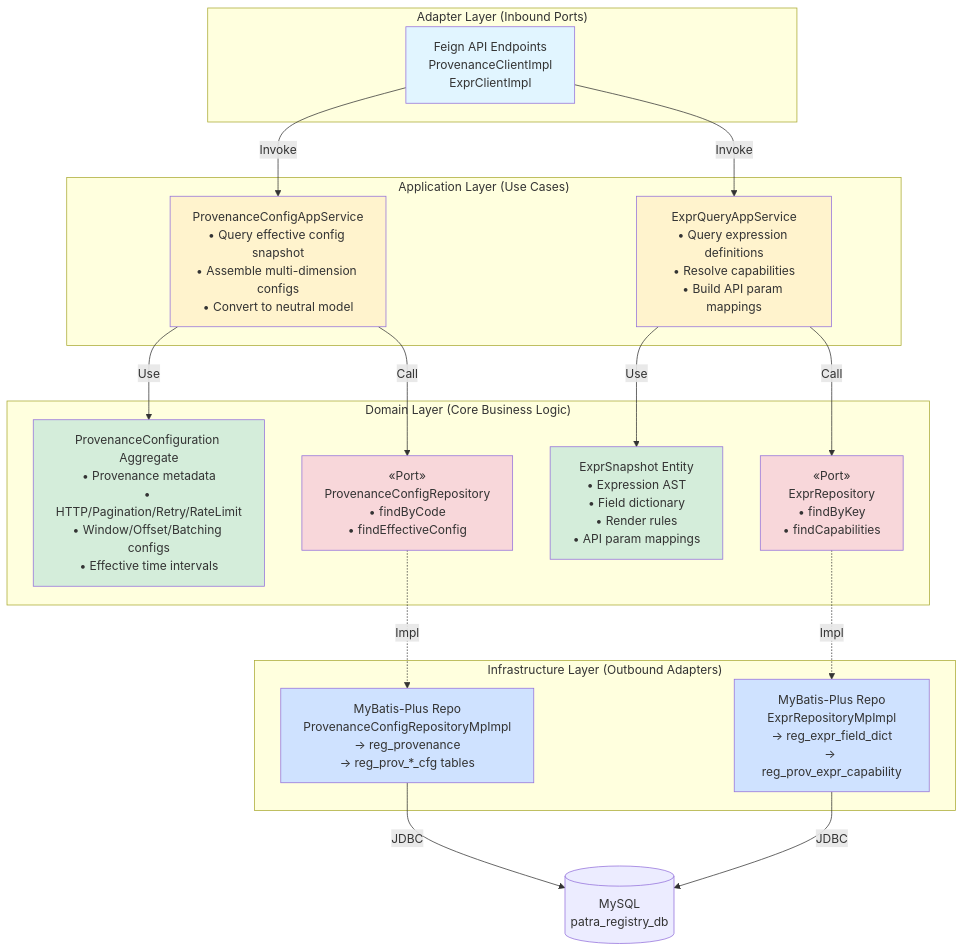
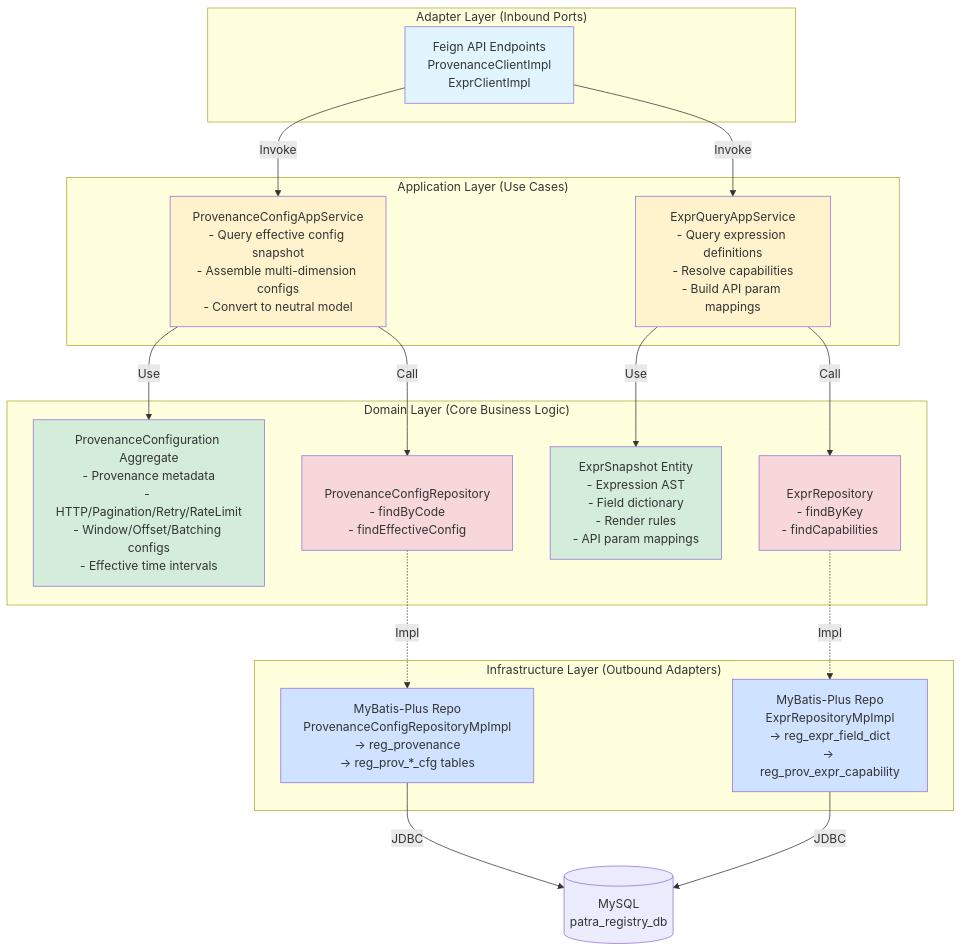
The first of 6 diagrams in patra-api/docs/modules/registry/architecture-diagram.md (linqibin0826/patra), drawn with Mermaid before and after one commit. The commit also changed other lines of this file and 8 other files, not shown here.

````diff
--- a/patra-api/docs/modules/registry/architecture-diagram.md
+++ b/patra-api/docs/modules/registry/architecture-diagram.md
@@ -20,52 +20,52 @@
 ```mermaid
 graph TB
     subgraph "Adapter Layer (Inbound Ports)"
         FeignAPI[Feign API Endpoints<br/>ProvenanceClientImpl<br/>ExprClientImpl]
     end
     
     subgraph "Application Layer (Use Cases)"
-        ProvAppSvc[ProvenanceConfigAppService<br/>• Query effective config snapshot<br/>• Assemble multi-dimension configs<br/>• Convert to neutral model]
-        ExprAppSvc[ExprQueryAppService<br/>• Query expression definitions<br/>• Resolve capabilities<br/>• Build API param mappings]
+        ProvAppSvc[ProvenanceConfigAppService<br/>- Query effective config snapshot<br/>- Assemble multi-dimension configs<br/>- Convert to neutral model]
+        ExprAppSvc[ExprQueryAppService<br/>- Query expression definitions<br/>- Resolve capabilities<br/>- Build API param mappings]
     end
     
     subgraph "Domain Layer (Core Business Logic)"
-        ProvConfig[ProvenanceConfiguration Aggregate<br/>• Provenance metadata<br/>• HTTP/Pagination/Retry/RateLimit<br/>• Window/Offset/Batching configs<br/>• Effective time intervals]
+        ProvConfig[ProvenanceConfiguration Aggregate<br/>- Provenance metadata<br/>- HTTP/Pagination/Retry/RateLimit<br/>- Window/Offset/Batching configs<br/>- Effective time intervals]
         
-        ExprSnapshot[ExprSnapshot Entity<br/>• Expression AST<br/>• Field dictionary<br/>• Render rules<br/>• API param mappings]
+        ExprSnapshot[ExprSnapshot Entity<br/>- Expression AST<br/>- Field dictionary<br/>- Render rules<br/>- API param mappings]
         
-        ProvRepo[«Port»<br/>ProvenanceConfigRepository<br/>• findByCode<br/>• findEffectiveConfig]
+        ProvRepo[<Port> <br/>ProvenanceConfigRepository<br/>- findByCode<br/>- findEffectiveConfig]
         
-        ExprRepo[«Port»<br/>ExprRepository<br/>• findByKey<br/>• findCapabilities]
+        ExprRepo[<Port> <br/>ExprRepository<br/>- findByKey<br/>- findCapabilities]
     end
     
     subgraph "Infrastructure Layer (Outbound Adapters)"
         MyBatisProv[MyBatis-Plus Repo<br/>ProvenanceConfigRepositoryMpImpl<br/>→ reg_provenance<br/>→ reg_prov_*_cfg tables]
         
         MyBatisExpr[MyBatis-Plus Repo<br/>ExprRepositoryMpImpl<br/>→ reg_expr_field_dict<br/>→ reg_prov_expr_capability]
     end
     
     FeignAPI -->|Invoke| ProvAppSvc
     FeignAPI -->|Invoke| ExprAppSvc
     
     ProvAppSvc -->|Use| ProvConfig
     ProvAppSvc -->|Call| ProvRepo
     
     ExprAppSvc -->|Use| ExprSnapshot
     ExprAppSvc -->|Call| ExprRepo
     
     ProvRepo -.->|Impl| MyBatisProv
     ExprRepo -.->|Impl| MyBatisExpr
     
     MyBatisProv -->|JDBC| ExtDB[(MySQL<br/>patra_registry_db)]
     MyBatisExpr -->|JDBC| ExtDB
     
     style FeignAPI fill:#e1f5ff
     style ProvAppSvc fill:#fff3cd
     style ExprAppSvc fill:#fff3cd
     style ProvConfig fill:#d4edda
     style ExprSnapshot fill:#d4edda
     style ProvRepo fill:#f8d7da
     style ExprRepo fill:#f8d7da
     style MyBatisProv fill:#cfe2ff
     style MyBatisExpr fill:#cfe2ff
 ```
````
